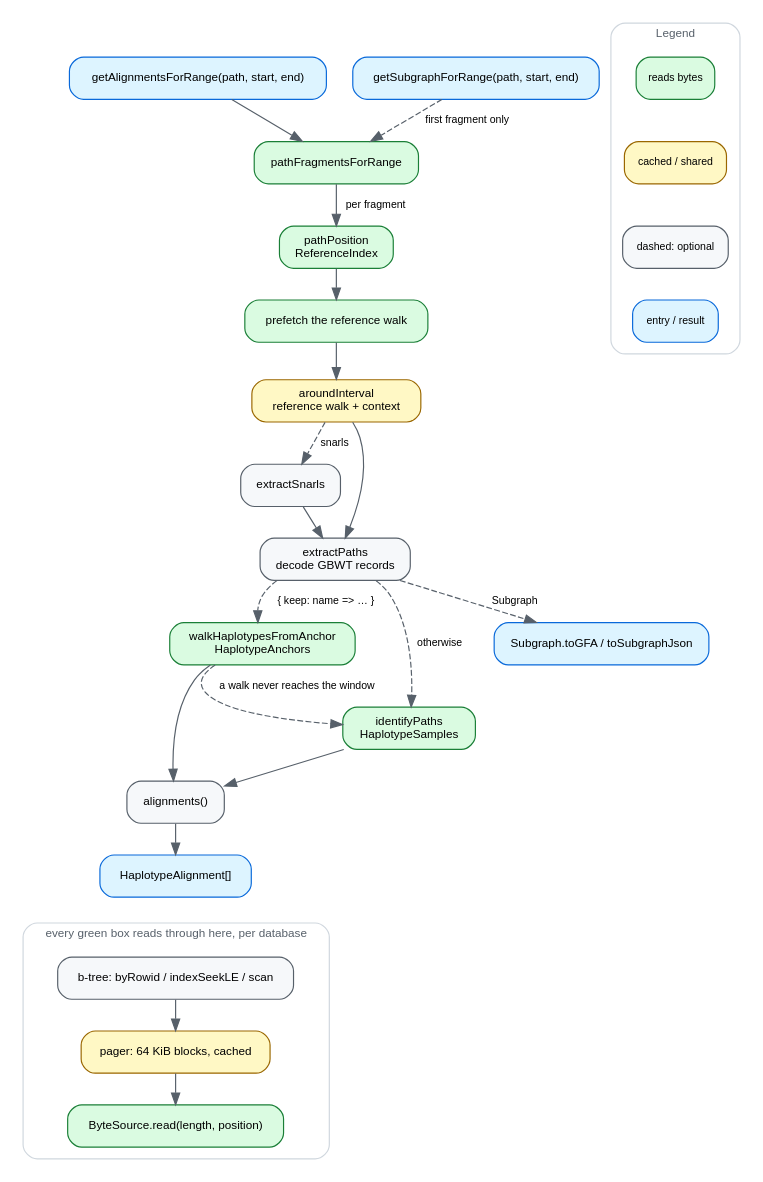
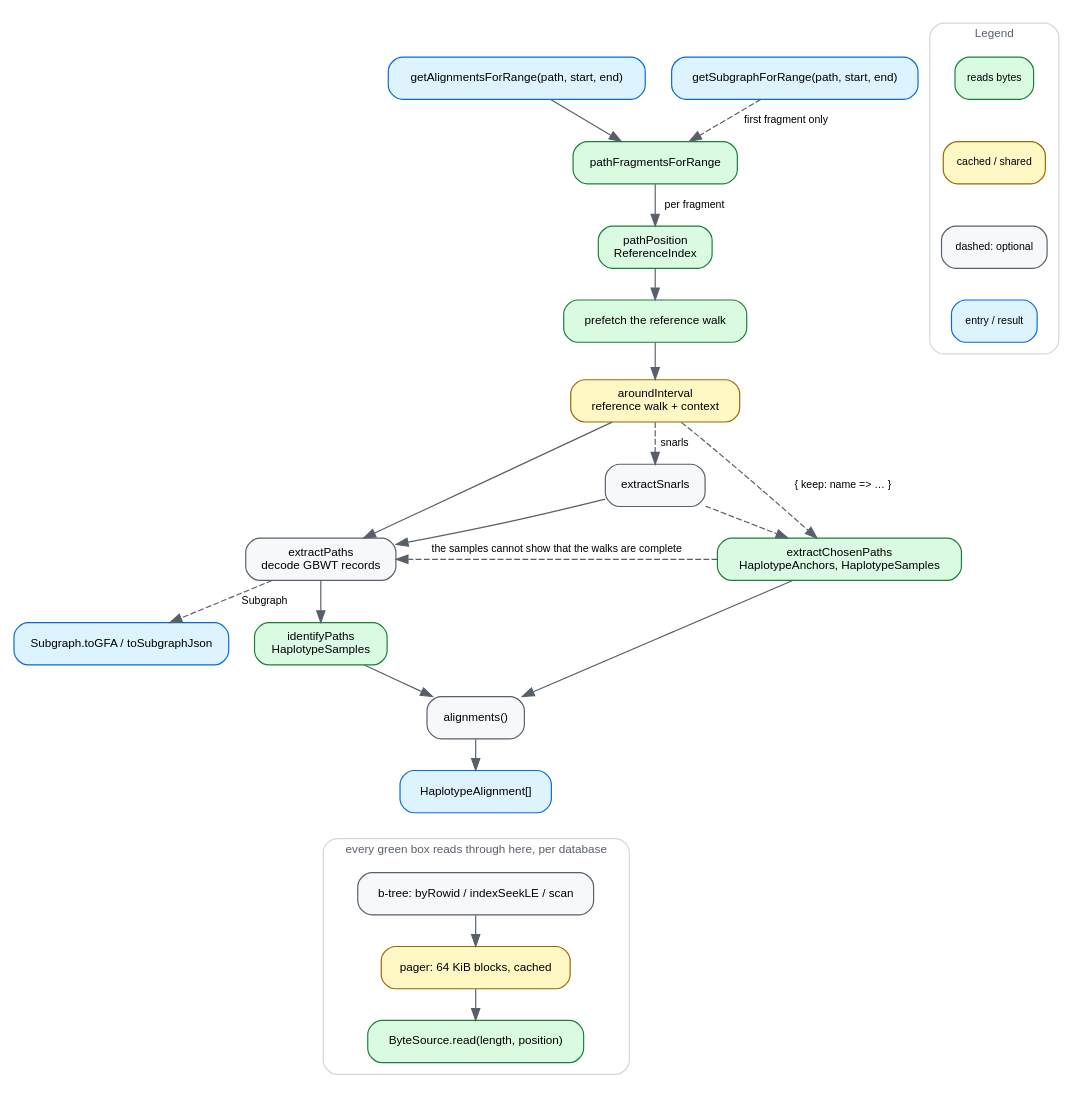
One commit to GMOD/gbz-base-js changed the diagram in docs/img/dataflow.dot. Above: the diagram before and after it, drawn with Graphviz. The commit also changed 9 other files, not shown here.

```diff
--- a/docs/img/dataflow.dot
+++ b/docs/img/dataflow.dot
@@ -1,101 +1,102 @@
 // Source for docs/img/dataflow.svg, which docs/dataflow.md embeds.
 // Regenerate with: dot -Tsvg docs/img/dataflow.dot -o docs/img/dataflow.svg
 //
 // Deliberately the MAIN PATH only — the node and --between queries, snarl
 // extension and the fragment joining are described in dataflow.md instead. A
 // diagram that shows every branch stops being the thing you look at first.
 // The two identification routes ARE in, because which one a query takes is
 // the difference between reading a set of haplotypes and reading the graph.
 // Step labels stay to one or two words past the function name for the same
 // reason; dataflow.md carries the rest.
 //
 // Both entry points are drawn at the top. getSubgraphForRange used to be an
 // edge label between extractPaths and the GFA box, which put the name of a
 // caller at the wrong end of the arrow — it reads as something extractPaths
 // calls. It enters where it really enters, and the arrow out of extractPaths
 // is labelled with what it hands back.
 //
 // The storage cluster hangs off nothing on purpose. Every green box reads
 // through it, and drawing those six edges buried the spine they cross.
 //
 // SYNC: ~/src/gmod/bam-js/docs/img/dataflow.dot — same palette, legend and
 // spine, and tabix-js, cram-js and hic share them too. The orange "wasm" and
 // purple "off the main thread" entries of that legend are absent here rather
 // than restyled: nothing in this reader is wasm (docs/internals.md#why-not-webassembly is why)
 // and it puts nothing on a thread of its own — JBrowse runs the whole thing
 // in an RPC worker instead. The blue "entry / result" entry is this diagram's
 // own addition: the siblings have one entry point and can leave the mark to
 // position, and this one has two.
 digraph gbzbasejs {
   rankdir=TB
   bgcolor="white"
   nodesep=0.3
   ranksep=0.36
   node [shape=box style="filled,rounded" fillcolor="#f6f8fa" color="#57606a"
         fontname="Helvetica" fontsize=10 margin="0.14,0.07"]
   edge [color="#57606a" fontname="Helvetica" fontsize=9]
 
   query    [label="getAlignmentsForRange(path, start, end)" fillcolor="#ddf4ff" color="#0969da"]
   frags    [label="pathFragmentsForRange" fillcolor="#dafbe1" color="#1a7f37"]
   pos      [label="pathPosition\nReferenceIndex" fillcolor="#dafbe1" color="#1a7f37"]
   prefetch [label="prefetch the reference walk" fillcolor="#dafbe1" color="#1a7f37"]
   walk     [label="aroundInterval\nreference walk + context" fillcolor="#fff8c5" color="#9a6700"]
   snarls   [label="extractSnarls"]
   extract  [label="extractPaths\ndecode GBWT records"]
-  anchored [label="walkHaplotypesFromAnchor\nHaplotypeAnchors" fillcolor="#dafbe1" color="#1a7f37"]
+  keep     [label="extractChosenPaths\nHaplotypeAnchors, HaplotypeSamples" fillcolor="#dafbe1" color="#1a7f37"]
   sampled  [label="identifyPaths\nHaplotypeSamples" fillcolor="#dafbe1" color="#1a7f37"]
   align    [label="alignments()"]
   out      [label="HaplotypeAlignment[]" fillcolor="#ddf4ff" color="#0969da"]
   sub      [label="getSubgraphForRange(path, start, end)" fillcolor="#ddf4ff" color="#0969da"]
   gfa      [label="Subgraph.toGFA / toSubgraphJson" fillcolor="#ddf4ff" color="#0969da"]
 
   query -> frags
   sub -> frags [style=dashed label=" first fragment only "]
   frags -> pos [label=" per fragment "]
   pos -> prefetch
   prefetch -> walk
   walk -> snarls [style=dashed label=" snarls "]
   walk -> extract
   snarls -> extract
-  extract -> anchored [style=dashed label=" { keep: name => … } " weight=6]
-  extract -> sampled [style=dashed label=" otherwise " weight=6]
-  anchored -> align
+  walk -> keep [style=dashed label=" { keep: name => … } "]
+  snarls -> keep [style=dashed]
+  extract -> sampled [weight=6]
+  keep -> align
   sampled -> align
-  anchored -> sampled [style=dashed label=" a walk never reaches the window "]
+  keep -> extract [style=dashed label=" the samples cannot show that the walks are complete " constraint=false]
   align -> out [weight=10]
   extract -> gfa [style=dashed label=" Subgraph " weight=0]
 
   subgraph cluster_store {
     label="every green box reads through here, per database"
     labelloc="t"
     fontname="Helvetica"
     fontsize=10
     fontcolor="#57606a"
     color="#d0d7de"
     style="rounded"
     margin=10
     btree [label="b-tree: byRowid / indexSeekLE / scan"]
     pager [label="pager: 64 KiB blocks, cached" fillcolor="#fff8c5" color="#9a6700"]
     source [label="ByteSource.read(length, position)" fillcolor="#dafbe1" color="#1a7f37"]
     btree -> pager -> source
   }
 
   out -> btree [style=invis weight=10]
 
   subgraph cluster_legend {
     label="Legend"
     labelloc="t"
     fontname="Helvetica"
     fontsize=10
     fontcolor="#57606a"
     color="#d0d7de"
     style="rounded"
     margin=10
     node [shape=box style="filled,rounded" fontsize=9 margin="0.1,0.04"]
     l1 [label="reads bytes" fillcolor="#dafbe1" color="#1a7f37"]
     l2 [label="cached / shared" fillcolor="#fff8c5" color="#9a6700"]
     l3 [label="dashed: optional" fillcolor="#f6f8fa" color="#57606a"]
     l4 [label="entry / result" fillcolor="#ddf4ff" color="#0969da"]
     l1 -> l2 -> l3 -> l4 [style=invis constraint=true]
   }
 }
```
